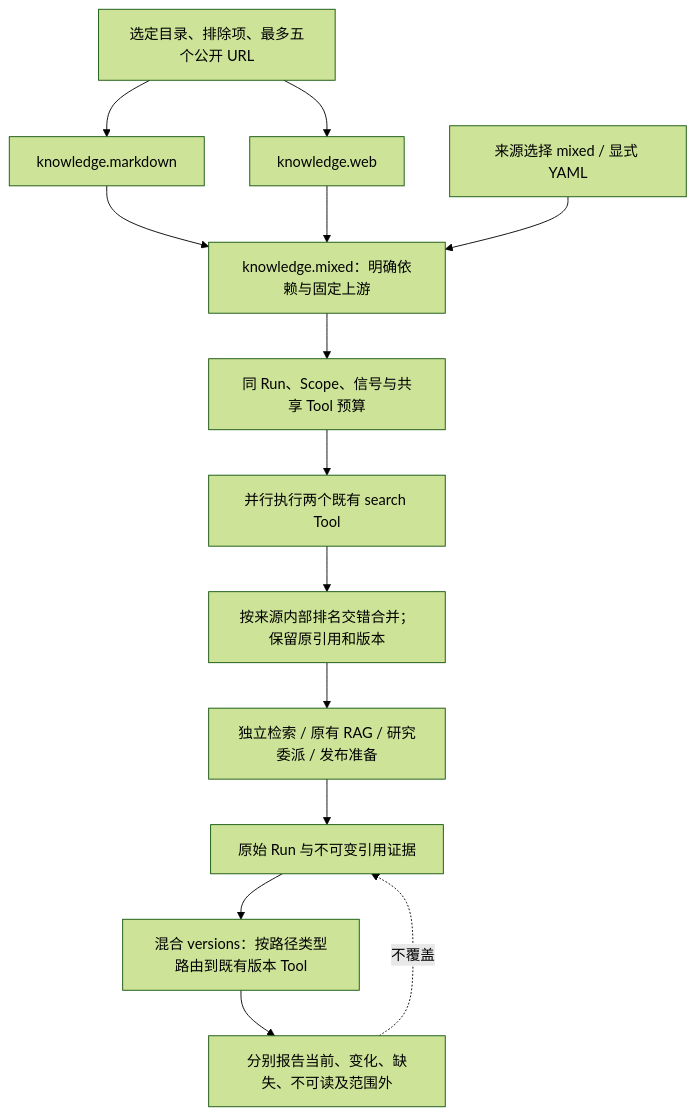
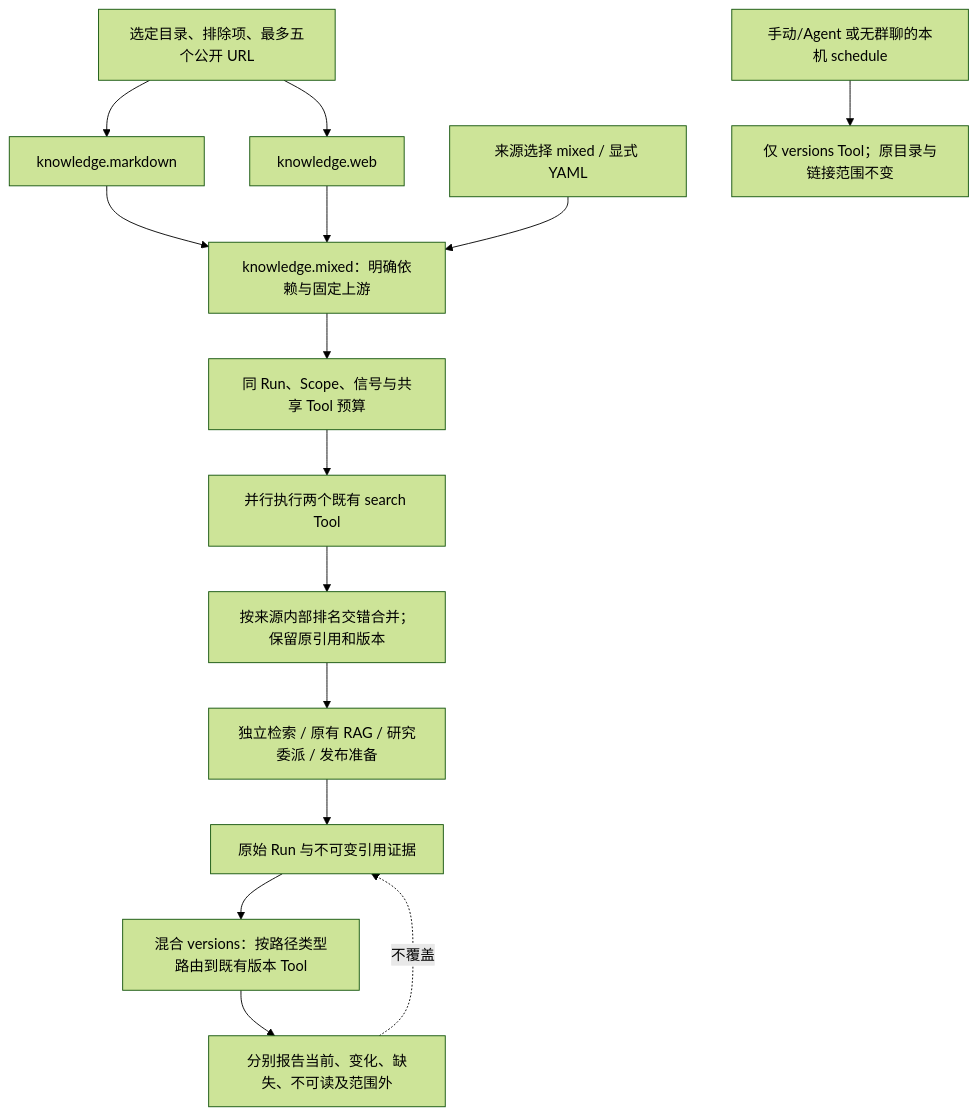
One commit to KlayPeter/AI-Delivery-Ops-Agent changed the diagram in backend/src/knowledge/mixed/FEATURE.md. Above: the diagram before and after it, drawn with Mermaid (forest theme). The commit also changed other lines of this file and 33 other files, not shown here.

````diff
--- a/backend/src/knowledge/mixed/FEATURE.md
+++ b/backend/src/knowledge/mixed/FEATURE.md
@@ -22,16 +22,17 @@
 ```mermaid
 flowchart TD
     CFG[选定目录、排除项、最多五个公开 URL] --> MD[knowledge.markdown]
     CFG --> WEB[knowledge.web]
     MD --> MIX[knowledge.mixed：明确依赖与固定上游]
     WEB --> MIX
     UI[来源选择 mixed / 显式 YAML] --> MIX
     MIX --> GW[同 Run、Scope、信号与共享 Tool 预算]
     GW --> SEARCH[并行执行两个既有 search Tool]
     SEARCH --> MERGE[按来源内部排名交错合并；保留原引用和版本]
     MERGE --> RESULT[独立检索 / 原有 RAG / 研究委派 / 发布准备]
     RESULT --> SAVED[原始 Run 与不可变引用证据]
     SAVED --> CHECK[混合 versions：按路径类型路由到既有版本 Tool]
     CHECK --> REPORT[分别报告当前、变化、缺失、不可读及范围外]
     REPORT -. 不覆盖 .-> SAVED
+    VERSION_SCOPE[手动/Agent 或无群聊的本机 schedule] --> VERSION_ONLY[仅 versions Tool；原目录与链接范围不变]
 ```
````
